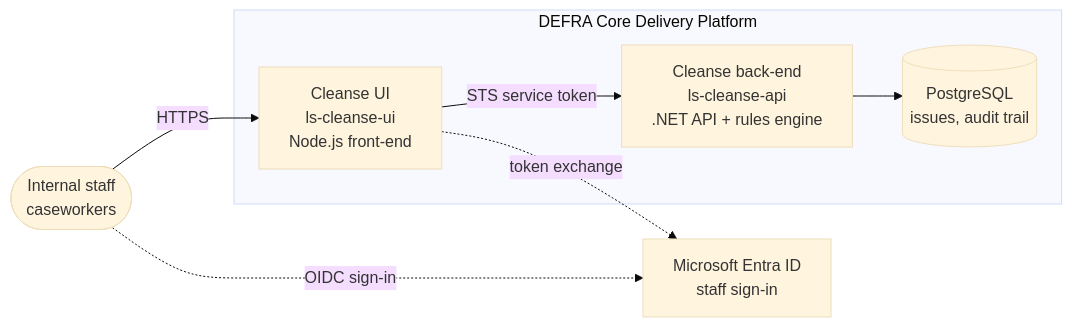
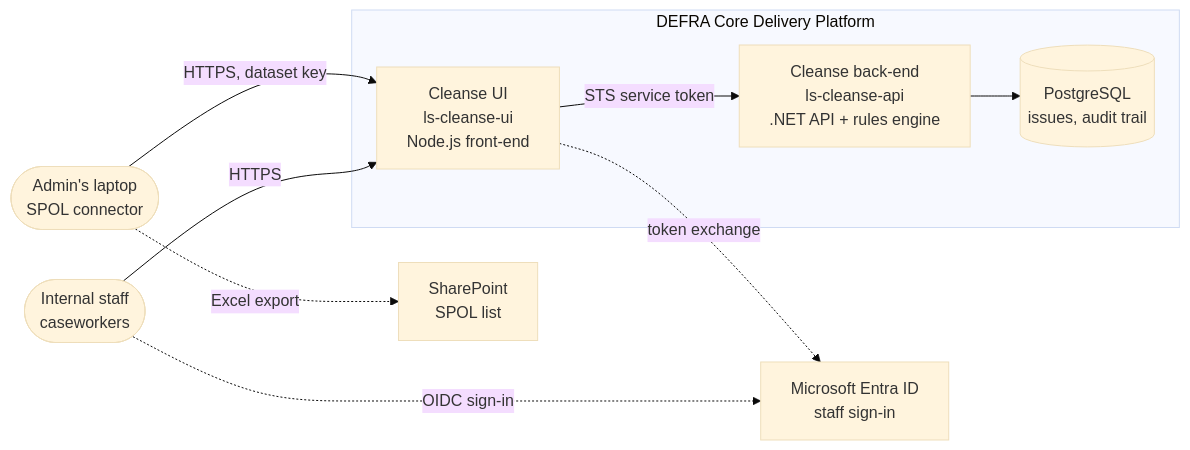
One commit to DEFRA/ls-cleanse-ui changed the diagram in ARCHITECTURE.md. Above: the diagram before and after it, drawn with Mermaid (base theme). The commit also changed other lines of this file and 26 other files, not shown here.

First line of the commit message:
Admin: load SPOL data through datasets, and remove the file upload

````diff
--- a/ARCHITECTURE.md
+++ b/ARCHITECTURE.md
@@ -11,17 +11,21 @@
 ```mermaid
 flowchart LR
     staff(["Internal staff<br/>caseworkers"])
+    admin(["Admin's laptop<br/>SPOL connector"])
     entra["Microsoft Entra ID<br/>staff sign-in"]
+    spol["SharePoint<br/>SPOL list"]
 
     subgraph cdp["DEFRA Core Delivery Platform"]
         ui["Cleanse UI<br/>ls-cleanse-ui<br/>Node.js front-end"]
         api["Cleanse back-end<br/>ls-cleanse-api<br/>.NET API + rules engine"]
         pg[("PostgreSQL<br/>issues, audit trail")]
     end
 
     staff -->|HTTPS| ui
     staff -. "OIDC sign-in" .-> entra
+    admin -. "Excel export" .-> spol
+    admin -->|"HTTPS, dataset key"| ui
     ui -. "token exchange" .-> entra
     ui -->|"STS service token"| api
     api --> pg
 ```
````
